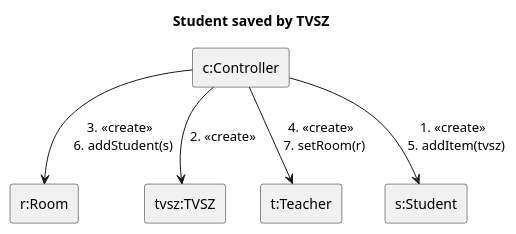
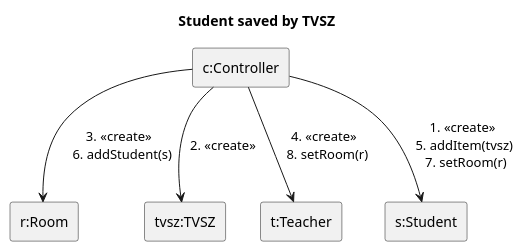
One commit to MBakter/echo changed the diagram in docs/communication_diagrams/tvsz_save.plantuml. Above: the diagram before and after it, drawn with PlantUML. The commit also changed 8 other files, not shown here.

```diff
--- a/docs/communication_diagrams/tvsz_save.plantuml
+++ b/docs/communication_diagrams/tvsz_save.plantuml
@@ -1,14 +1,14 @@
 @startuml ser
 title Student saved by TVSZ
 rectangle "c:Controller" as c
 rectangle "r:Room" as r
 rectangle "tvsz:TVSZ" as tv
 rectangle "t:Teacher" as t
 rectangle "s:Student" as s
 
-c --> s: 1. <<create>> \n 5. addItem(tvsz)
+c --> s: 1. <<create>> \n 5. addItem(tvsz) \n 7. setRoom(r)
 c --> r : 3. <<create>> \n 6. addStudent(s)
 c --> tv : 2. <<create>> 
-c --> t : 4. <<create>> \n 7. setRoom(r)
+c --> t : 4. <<create>> \n 8. setRoom(r)
 
 @enduml
```
